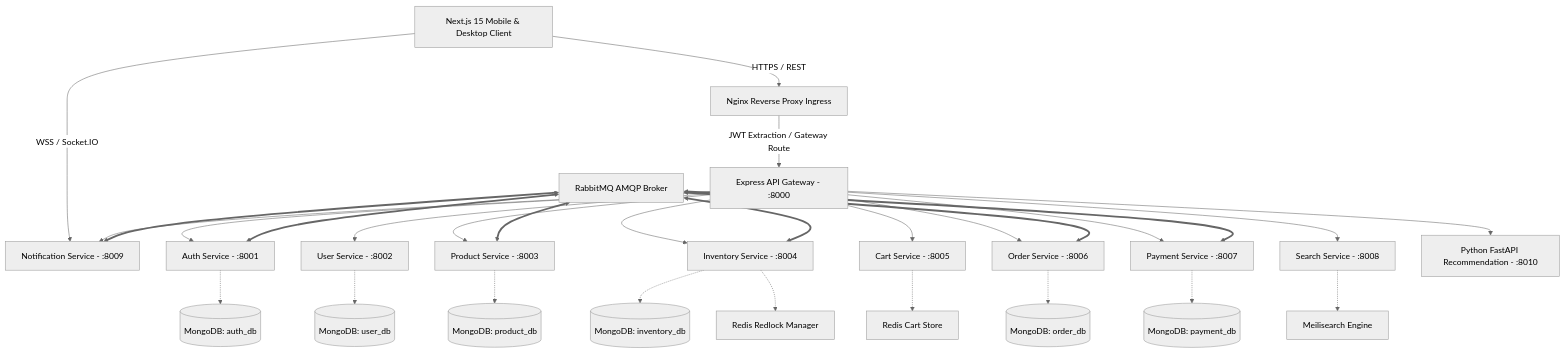
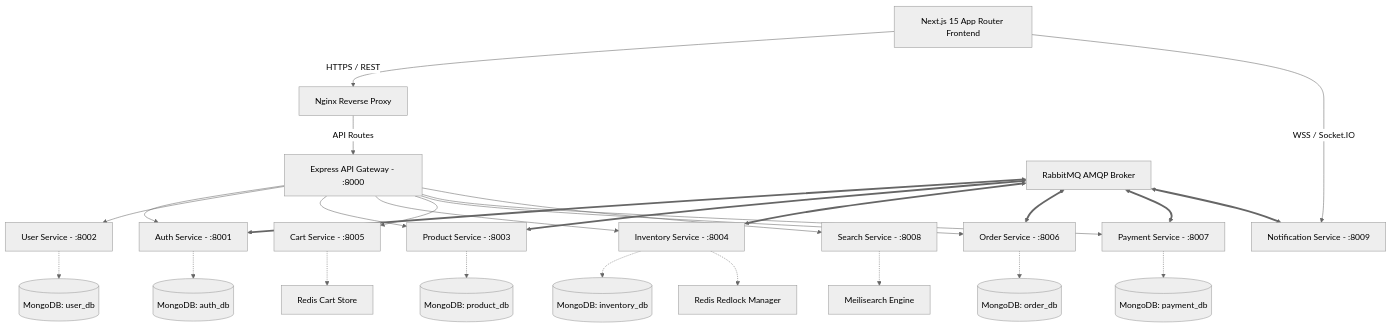
The diagram in README.md (Nati1-2/Ecommerce), drawn with Mermaid (neutral theme) before and after one commit. The commit also changed other lines of this file, not shown here.

````diff
--- a/README.md
+++ b/README.md
@@ -89,38 +104,36 @@
 ```mermaid
 graph TD
-    Client[Next.js 15 Mobile & Desktop Client] -->|HTTPS / REST| Nginx[Nginx Reverse Proxy Ingress]
-    Client -->|WSS / Socket.IO| NotificationService
+    Client[Next.js 15 App Router Frontend] -->|HTTPS / REST| Nginx[Nginx Reverse Proxy]
+    Client -->|WSS / Socket.IO| NotificationService[Notification Service - :8009]
     
-    Nginx -->|JWT Extraction / Gateway Route| Gateway[Express API Gateway - :8000]
+    Nginx -->|API Routes| Gateway[Express API Gateway - :8000]
     
-    %% Microservices Routing
+    %% Gateway Proxies
     Gateway --> AuthService[Auth Service - :8001]
     Gateway --> UserService[User Service - :8002]
     Gateway --> ProductService[Product Service - :8003]
     Gateway --> InventoryService[Inventory Service - :8004]
     Gateway --> CartService[Cart Service - :8005]
     Gateway --> OrderService[Order Service - :8006]
     Gateway --> PaymentService[Payment Service - :8007]
     Gateway --> SearchService[Search Service - :8008]
-    Gateway --> NotificationService[Notification Service - :8009]
-    Gateway --> RecService[Python FastAPI Recommendation - :8010]
     
-    %% Datastores
+    %% Databases
     AuthService -.-> AuthDB[(MongoDB: auth_db)]
     UserService -.-> UserDB[(MongoDB: user_db)]
     ProductService -.-> ProductDB[(MongoDB: product_db)]
     InventoryService -.-> InvDB[(MongoDB: inventory_db)]
     InventoryService -.-> RedisLock[Redis Redlock Manager]
     CartService -.-> RedisCart[Redis Cart Store]
     OrderService -.-> OrderDB[(MongoDB: order_db)]
     PaymentService -.-> PayDB[(MongoDB: payment_db)]
     SearchService -.-> Meili[Meilisearch Engine]
     
-    %% Event Bus
+    %% Message Broker
     RabbitMQ[RabbitMQ AMQP Broker] <==> AuthService
     RabbitMQ <==> ProductService
     RabbitMQ <==> InventoryService
     RabbitMQ <==> OrderService
     RabbitMQ <==> PaymentService
     RabbitMQ <==> NotificationService
 ```
````
